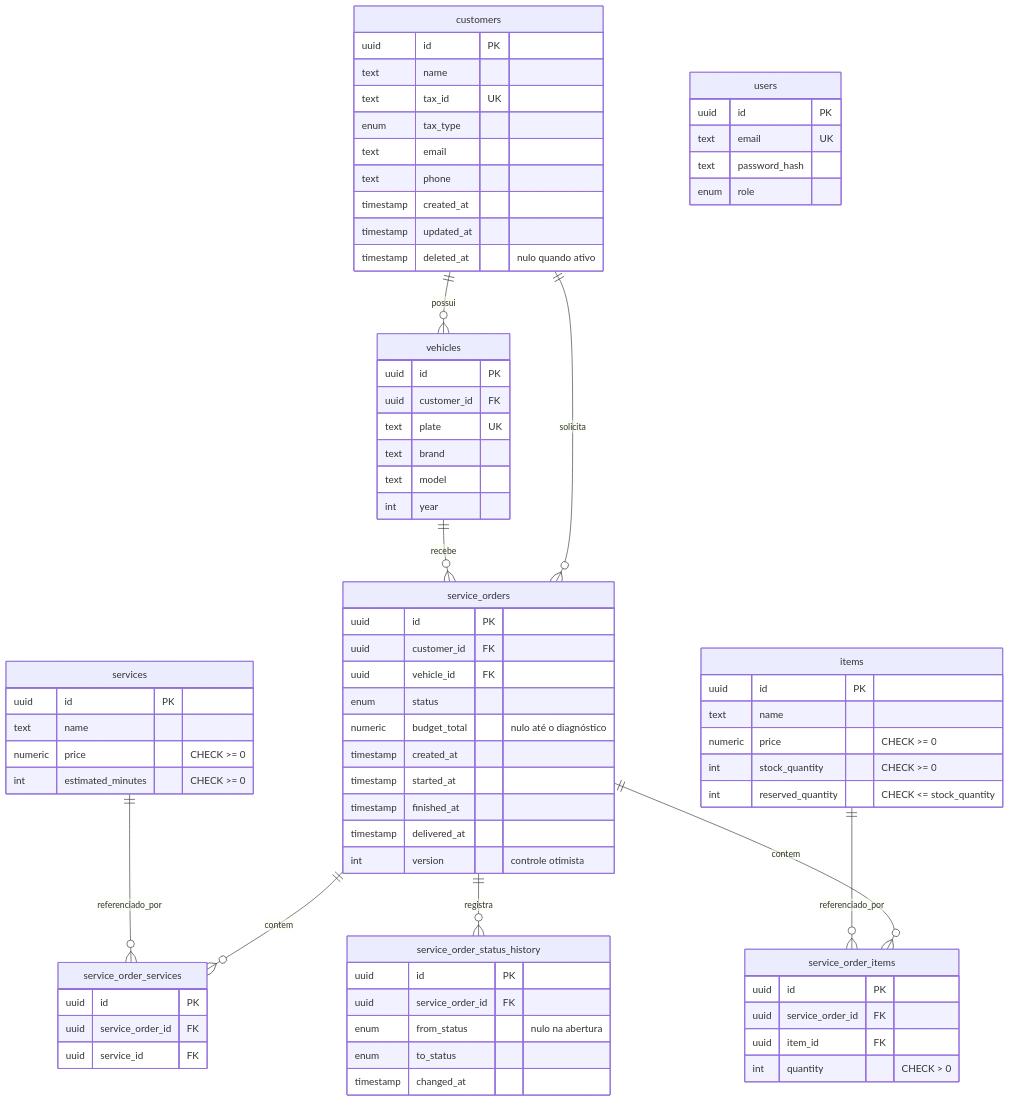
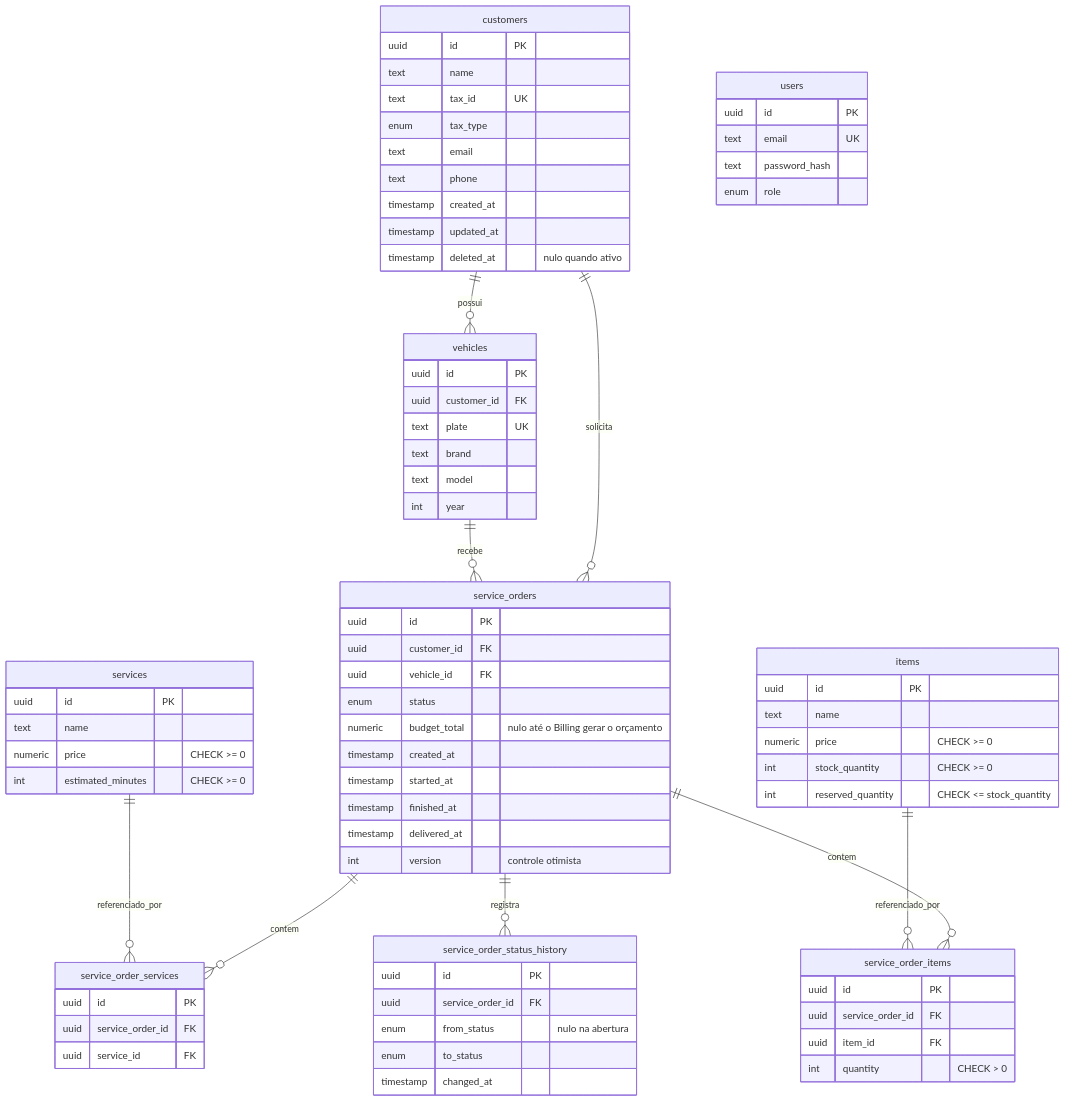
Before and after one commit to diandria/fiap-tech-challenge: the diagram in docs/architecture/data-model.md, drawn with Mermaid. The commit also changed 2 other files, not shown here.

Commit message:
docs: align architecture documents with the phase 4 implementation

````diff
--- a/docs/architecture/data-model.md
+++ b/docs/architecture/data-model.md
@@ -18,80 +18,80 @@
 ```mermaid
 erDiagram
     customers ||--o{ vehicles : possui
     customers ||--o{ service_orders : solicita
     vehicles  ||--o{ service_orders : recebe
     service_orders ||--o{ service_order_services : contem
     service_orders ||--o{ service_order_items : contem
     services  ||--o{ service_order_services : referenciado_por
     items     ||--o{ service_order_items : referenciado_por
     service_orders ||--o{ service_order_status_history : registra
 
     customers {
         uuid id PK
         text name
         text tax_id UK
         enum tax_type
         text email
         text phone
         timestamp created_at
         timestamp updated_at
         timestamp deleted_at "nulo quando ativo"
     }
     vehicles {
         uuid id PK
         uuid customer_id FK
         text plate UK
         text brand
         text model
         int year
     }
     services {
         uuid id PK
         text name
         numeric price "CHECK >= 0"
         int estimated_minutes "CHECK >= 0"
     }
     items {
         uuid id PK
         text name
         numeric price "CHECK >= 0"
         int stock_quantity "CHECK >= 0"
         int reserved_quantity "CHECK <= stock_quantity"
     }
     users {
         uuid id PK
         text email UK
         text password_hash
         enum role
     }
     service_orders {
         uuid id PK
         uuid customer_id FK
         uuid vehicle_id FK
         enum status
-        numeric budget_total "nulo até o diagnóstico"
+        numeric budget_total "nulo até o Billing gerar o orçamento"
         timestamp created_at
         timestamp started_at
         timestamp finished_at
         timestamp delivered_at
         int version "controle otimista"
     }
     service_order_services {
         uuid id PK
         uuid service_order_id FK
         uuid service_id FK
     }
     service_order_items {
         uuid id PK
         uuid service_order_id FK
         uuid item_id FK
         int quantity "CHECK > 0"
     }
     service_order_status_history {
         uuid id PK
         uuid service_order_id FK
         enum from_status "nulo na abertura"
         enum to_status
         timestamp changed_at
     }
 ```
````
